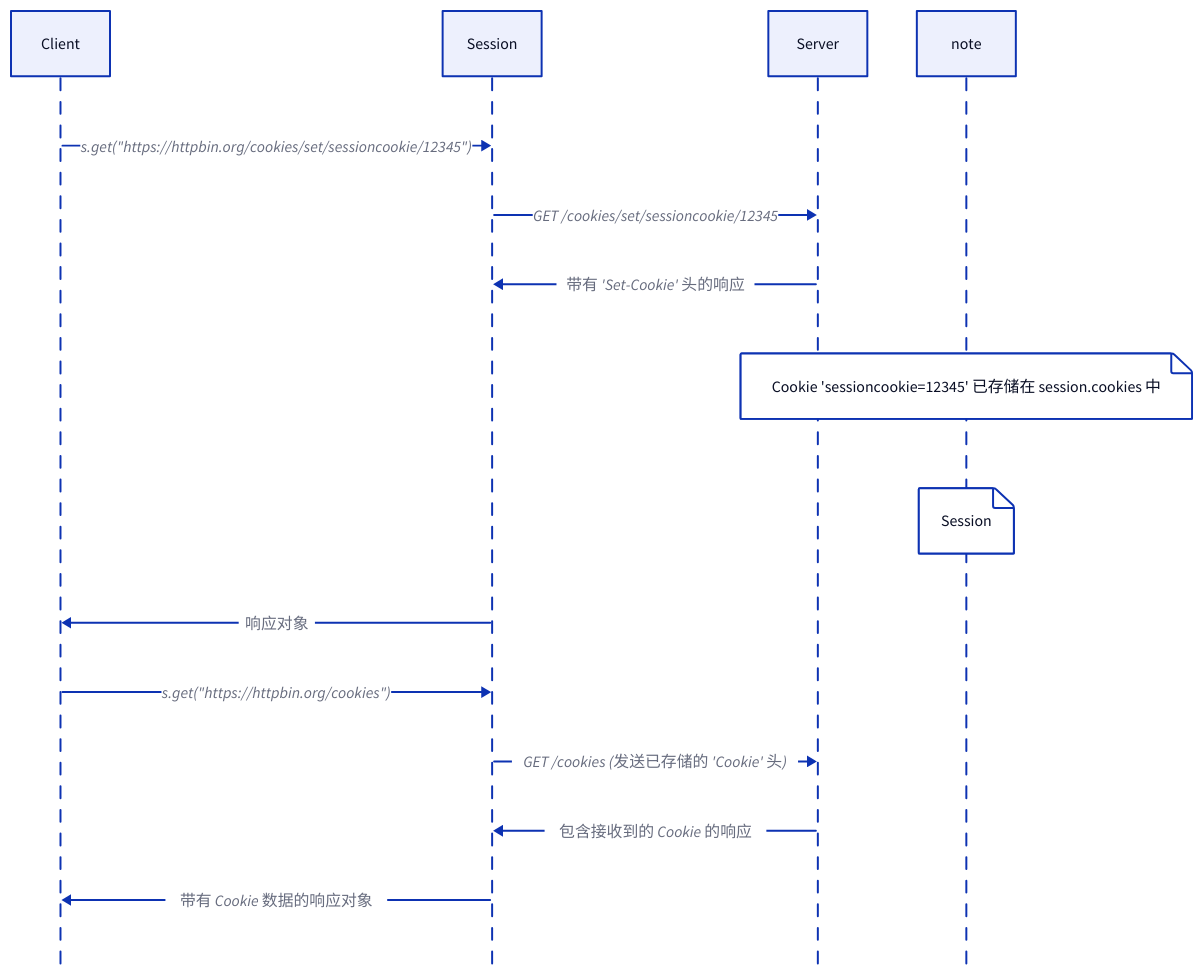
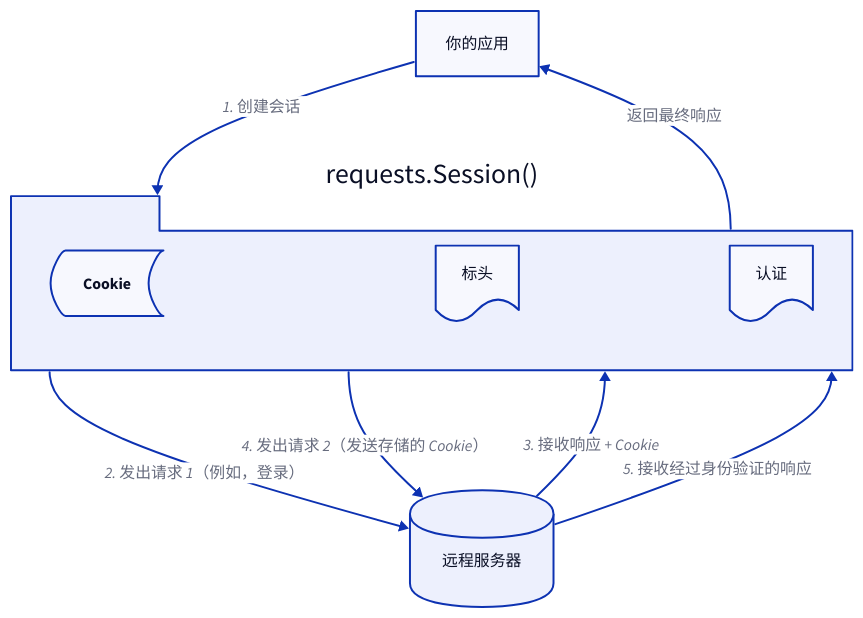
One commit to lban2049/requests changed the diagram in .aigne/doc-smith/docs/user-guide-session-objects.zh.md. Above: the diagram before and after it, drawn with D2. The commit also changed other lines of this file and 32 other files, not shown here.

````diff
--- a/.aigne/doc-smith/docs/user-guide-session-objects.zh.md
+++ b/.aigne/doc-smith/docs/user-guide-session-objects.zh.md
@@ -29,21 +54,26 @@
 ```d2
-shape: sequence_diagram
+direction: down
 
-Client
-Session
-Server
+"你的应用": {
+  shape: rectangle
+}
 
-Client -> Session: s.get("https://httpbin.org/cookies/set/sessioncookie/12345")
-Session -> Server: "GET /cookies/set/sessioncookie/12345"
-Server -> Session: "带有 'Set-Cookie' 头的响应"
-note: {
-  "Cookie 'sessioncookie=12345' 已存储在 session.cookies 中"
-  target: Session
+"requests.Session()": {
+  shape: package
+  "Cookie": { shape: stored_data }
+  "标头": { shape: document }
+  "认证": { shape: document }
 }
-Session -> Client: "响应对象"
 
-Client -> Session: s.get("https://httpbin.org/cookies")
-Session -> Server: "GET /cookies (发送已存储的 'Cookie' 头)"
-Server -> Session: "包含接收到的 Cookie 的响应"
-Session -> Client: "带有 Cookie 数据的响应对象"
+"远程服务器": {
+  shape: cylinder
+}
+
+"你的应用" -> "requests.Session()": "1. 创建会话"
+"requests.Session()" -> "远程服务器": "2. 发出请求 1（例如，登录）"
+"远程服务器" -> "requests.Session()": "3. 接收响应 + Cookie"
+"requests.Session()" -> "远程服务器": "4. 发出请求 2（发送存储的 Cookie）"
+"远程服务器" -> "requests.Session()": "5. 接收经过身份验证的响应"
+"requests.Session()" -> "你的应用": "返回最终响应"
+
 ```
````
